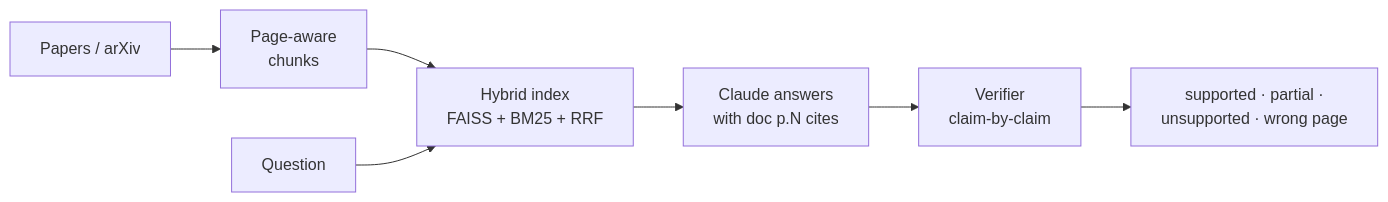
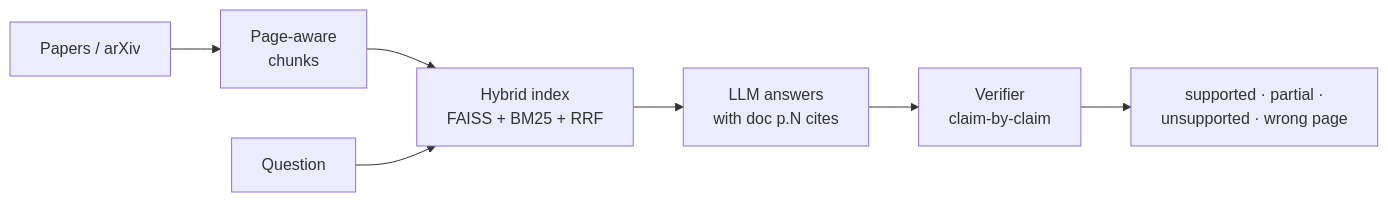
Before and after one commit to Shreyro/Shreyro: the third of 3 diagrams in README.md, drawn with Mermaid. The commit also changed other lines of this file and 13 other files, not shown here.

````diff
--- a/README.md
+++ b/README.md
@@ -123,9 +110,9 @@
 ```mermaid
 flowchart LR
   PDF[Papers / arXiv] --> C[Page-aware<br/>chunks]
   C --> I[Hybrid index<br/>FAISS + BM25 + RRF]
   Q[Question] --> I
-  I --> L[Claude answers<br/>with doc p.N cites]
+  I --> L[LLM answers<br/>with doc p.N cites]
   L --> V[Verifier<br/>claim-by-claim]
   V --> R[supported · partial ·<br/>unsupported · wrong page]
 ```
````
